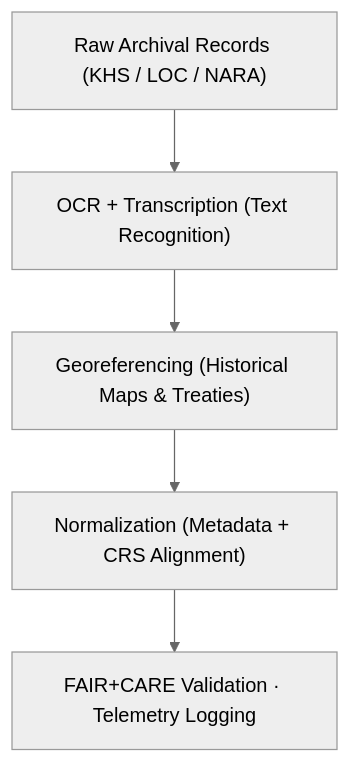
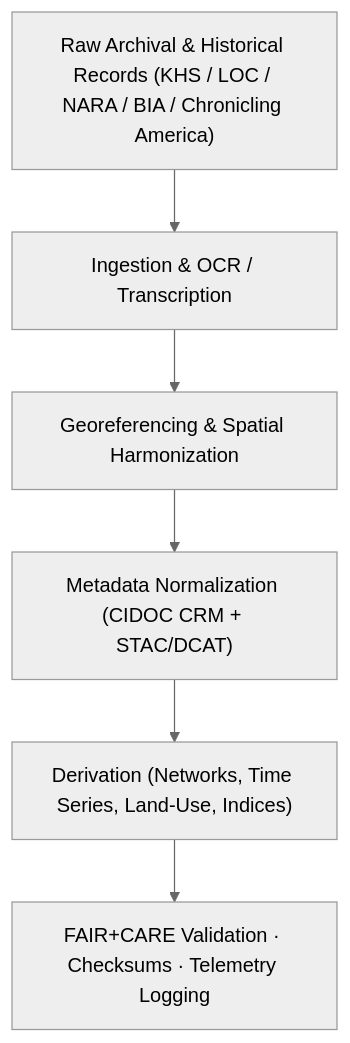
Before and after one commit to bartytime4life/Kansas-Frontier-Matrix: the diagram in docs/analyses/historical/datasets/README.md, drawn with Mermaid (neutral theme). The commit also changed other lines of this file, not shown here.

````diff
--- a/docs/analyses/historical/datasets/README.md
+++ b/docs/analyses/historical/datasets/README.md
@@ -96,8 +146,9 @@
 ```mermaid
 flowchart TD
-  A["Raw Archival Records (KHS / LOC / NARA)"]
-  --> B["OCR + Transcription (Text Recognition)"]
-  B --> C["Georeferencing (Historical Maps & Treaties)"]
-  C --> D["Normalization (Metadata + CRS Alignment)"]
-  D --> E["FAIR+CARE Validation · Telemetry Logging"]
+  A["Raw Archival & Historical Records (KHS / LOC / NARA / BIA / Chronicling America)"]
+    --> B["Ingestion & OCR / Transcription"]
+  B --> C["Georeferencing & Spatial Harmonization"]
+  C --> D["Metadata Normalization (CIDOC CRM + STAC/DCAT)"]
+  D --> E["Derivation (Networks, Time Series, Land-Use, Indices)"]
+  E --> F["FAIR+CARE Validation · Checksums · Telemetry Logging"]
 ```
````
